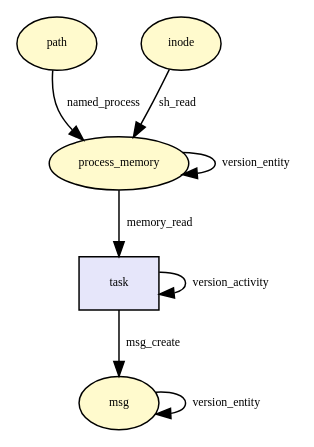
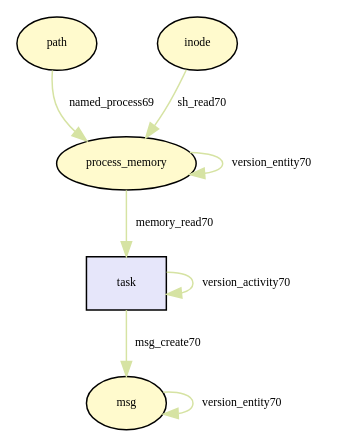
One commit to TinkerBellSystem/graph-matching changed the diagram in tmp/provenance_msg_msg_alloc_security.dot. Above: the diagram before and after it, drawn with Graphviz. The commit also changed 64 other files, not shown here.

Commit message:
drawing graph. not great

```diff
--- a/tmp/provenance_msg_msg_alloc_security.dot
+++ b/tmp/provenance_msg_msg_alloc_security.dot
@@ -1,25 +1,25 @@
 digraph RGL__DirectedAdjacencyGraph {path[fontsize = 8,label = "path",shape = ellipse, fillcolor="#fffacd", style = filled]
 
 process_memory[fontsize = 8,label = "process_memory",shape = ellipse, fillcolor="#fffacd", style = filled]
 
-path -> process_memory[fontsize = 8,label = "named_process"]
+path -> process_memory[fontsize = 8,label = "named_process69", color="#d6e3a3"]
+
+process_memory -> process_memory[fontsize = 8,label = "version_entity70", color="#d6e3a3"]
+
+inode[fontsize = 8,label = "inode",shape = ellipse, fillcolor="#fffacd", style = filled]
+
+inode -> process_memory[fontsize = 8,label = "sh_read70", color="#d6e3a3"]
 
 task[fontsize = 8,label = "task",shape = rectangle, fillcolor="#e6e6fa", style = filled]
 
-process_memory -> task[fontsize = 8,label = "memory_read"]
+task -> task[fontsize = 8,label = "version_activity70", color="#d6e3a3"]
+
+process_memory -> task[fontsize = 8,label = "memory_read70", color="#d6e3a3"]
 
 msg[fontsize = 8,label = "msg",shape = ellipse, fillcolor="#fffacd", style = filled]
 
-task -> msg[fontsize = 8,label = "msg_create"]
+msg -> msg[fontsize = 8,label = "version_entity70", color="#d6e3a3"]
 
-task -> task[fontsize = 8,label = "version_activity"]
-
-msg -> msg[fontsize = 8,label = "version_entity"]
-
-inode[fontsize = 8,label = "inode",shape = ellipse, fillcolor="#fffacd", style = filled]
-
-inode -> process_memory[fontsize = 8,label = "sh_read"]
-
-process_memory -> process_memory[fontsize = 8,label = "version_entity"]
+task -> msg[fontsize = 8,label = "msg_create70", color="#d6e3a3"]
 
 }
```
